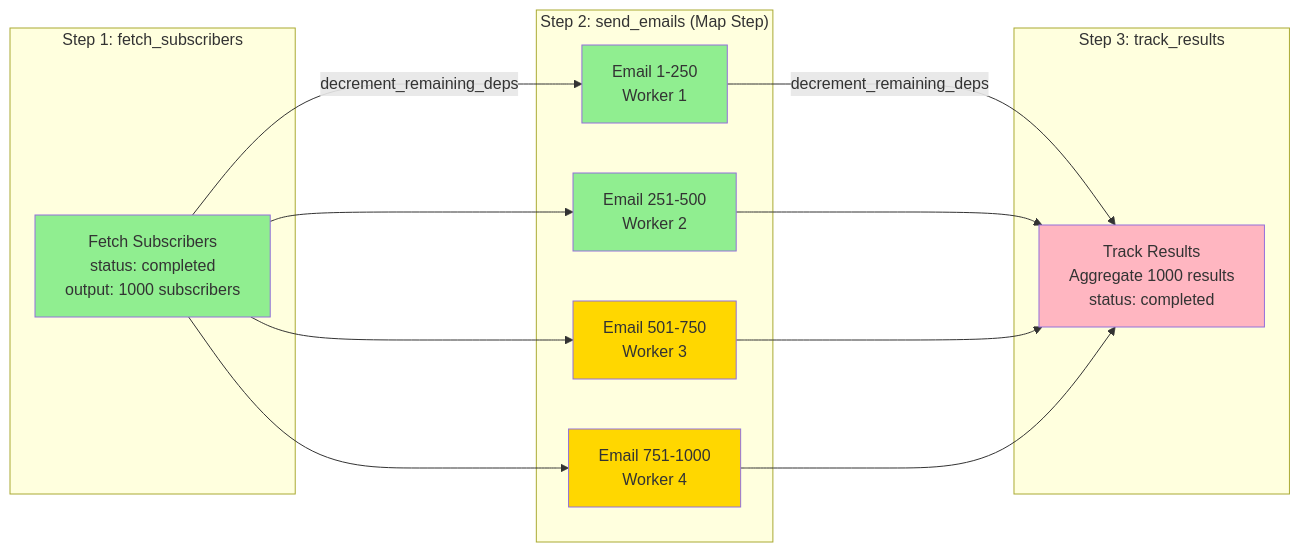
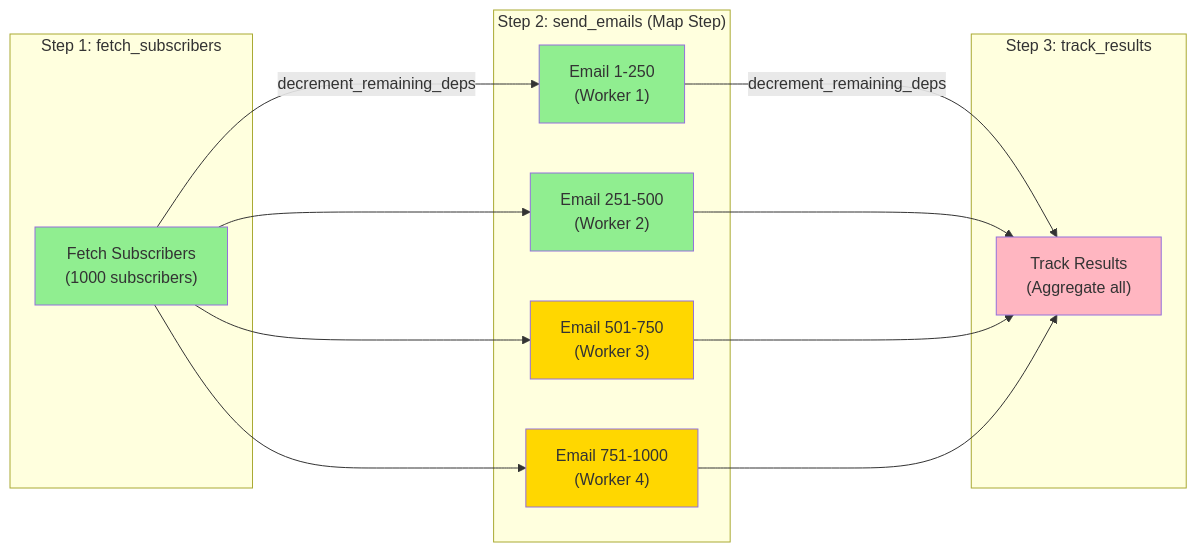
The third of 3 diagrams in README.md (Singularity-ng/singularity-workflows), drawn with Mermaid before and after one commit. The commit also changed other lines of this file and 4 other files, not shown here.

First line of the commit message:
Fix Mermaid diagrams in README and complete test suite implementation

````diff
--- a/README.md
+++ b/README.md
@@ -253,34 +253,34 @@
 ```mermaid
 graph LR
     subgraph "Step 1: fetch_subscribers"
-        F[Fetch Subscribers<br/>status: completed<br/>output: 1000 subscribers]
+        F["Fetch Subscribers<br/>(1000 subscribers)"]
     end
 
     subgraph "Step 2: send_emails (Map Step)"
-        E1[Email 1-250<br/>Worker 1]
-        E2[Email 251-500<br/>Worker 2]
-        E3[Email 501-750<br/>Worker 3]
-        E4[Email 751-1000<br/>Worker 4]
+        E1["Email 1-250<br/>(Worker 1)"]
+        E2["Email 251-500<br/>(Worker 2)"]
+        E3["Email 501-750<br/>(Worker 3)"]
+        E4["Email 751-1000<br/>(Worker 4)"]
     end
 
     subgraph "Step 3: track_results"
-        T[Track Results<br/>Aggregate 1000 results<br/>status: completed]
+        T["Track Results<br/>(Aggregate all)"]
     end
 
     F -->|decrement_remaining_deps| E1
     F --> E2
     F --> E3
     F --> E4
 
     E1 -->|decrement_remaining_deps| T
     E2 --> T
     E3 --> T
     E4 --> T
 
     style F fill:#90EE90
     style E1 fill:#90EE90
     style E2 fill:#90EE90
     style E3 fill:#FFD700
     style E4 fill:#FFD700
     style T fill:#FFB6C1
 ```
````
